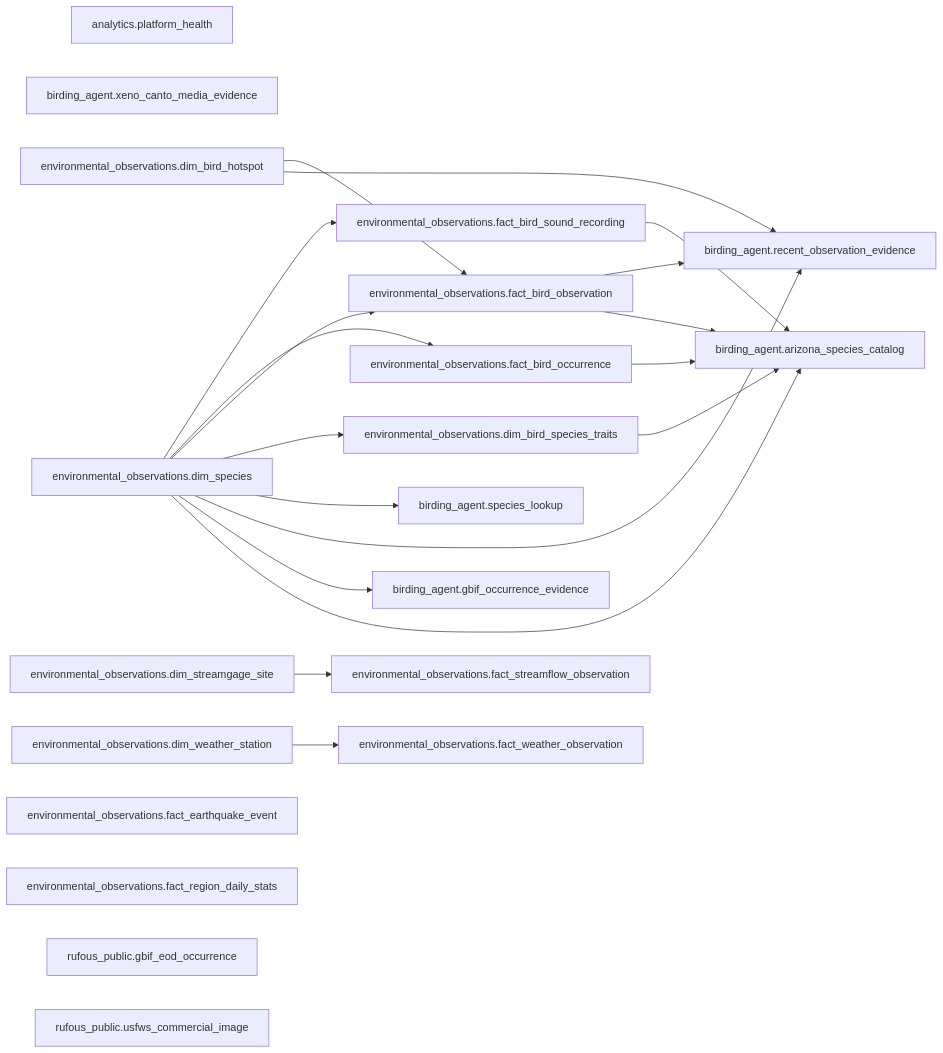
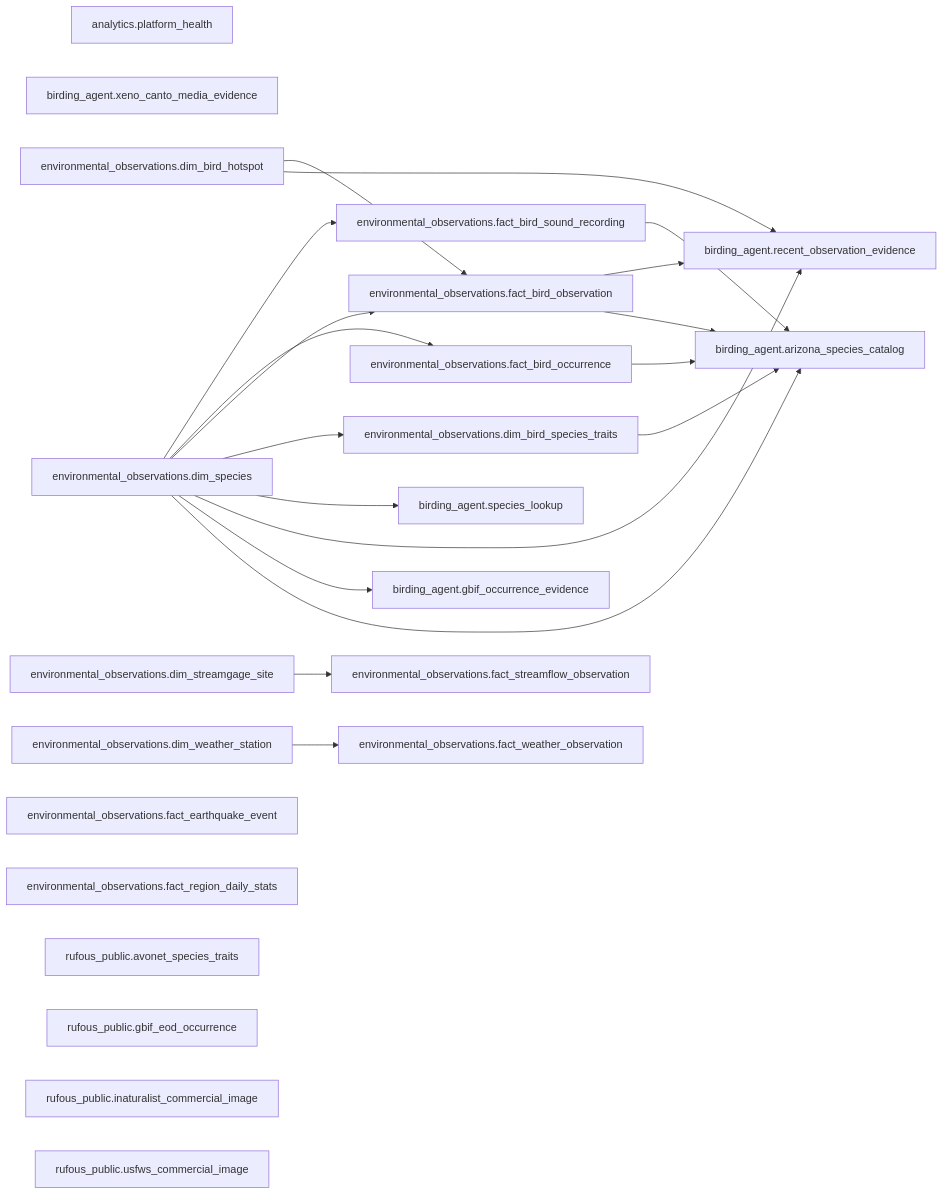
One commit to Doctacon/databox changed the diagram in docs/dictionary/lineage.md. Above: the diagram before and after it, drawn with Mermaid. The commit also changed 24 other files, not shown here.

Commit message:
feat(rufous): publish AVONET data parity

````diff
--- a/docs/dictionary/lineage.md
+++ b/docs/dictionary/lineage.md
@@ -5,61 +5,65 @@
 ```mermaid
 graph LR
     n0["analytics.platform_health"]
     n1["birding_agent.arizona_species_catalog"]
     n2["birding_agent.gbif_occurrence_evidence"]
     n3["birding_agent.recent_observation_evidence"]
     n4["birding_agent.species_lookup"]
     n5["birding_agent.xeno_canto_media_evidence"]
     n6["environmental_observations.dim_bird_hotspot"]
     n7["environmental_observations.dim_bird_species_traits"]
     n8["environmental_observations.dim_species"]
     n9["environmental_observations.dim_streamgage_site"]
     n10["environmental_observations.dim_weather_station"]
     n11["environmental_observations.fact_bird_observation"]
     n12["environmental_observations.fact_bird_occurrence"]
     n13["environmental_observations.fact_bird_sound_recording"]
     n14["environmental_observations.fact_earthquake_event"]
     n15["environmental_observations.fact_region_daily_stats"]
     n16["environmental_observations.fact_streamflow_observation"]
     n17["environmental_observations.fact_weather_observation"]
-    n18["rufous_public.gbif_eod_occurrence"]
-    n19["rufous_public.usfws_commercial_image"]
+    n18["rufous_public.avonet_species_traits"]
+    n19["rufous_public.gbif_eod_occurrence"]
+    n20["rufous_public.inaturalist_commercial_image"]
+    n21["rufous_public.usfws_commercial_image"]
     n7 --> n1
     n8 --> n1
     n11 --> n1
     n12 --> n1
     n13 --> n1
     n8 --> n2
     n6 --> n3
     n8 --> n3
     n11 --> n3
     n8 --> n4
     n8 --> n7
     n6 --> n11
     n8 --> n11
     n8 --> n12
     n8 --> n13
     n9 --> n16
     n10 --> n17
 
     click n0 "analytics/platform_health.md"
     click n1 "birding_agent/arizona_species_catalog.md"
     click n2 "birding_agent/gbif_occurrence_evidence.md"
     click n3 "birding_agent/recent_observation_evidence.md"
     click n4 "birding_agent/species_lookup.md"
     click n5 "birding_agent/xeno_canto_media_evidence.md"
     click n6 "environmental_observations/dim_bird_hotspot.md"
     click n7 "environmental_observations/dim_bird_species_traits.md"
     click n8 "environmental_observations/dim_species.md"
     click n9 "environmental_observations/dim_streamgage_site.md"
     click n10 "environmental_observations/dim_weather_station.md"
     click n11 "environmental_observations/fact_bird_observation.md"
     click n12 "environmental_observations/fact_bird_occurrence.md"
     click n13 "environmental_observations/fact_bird_sound_recording.md"
     click n14 "environmental_observations/fact_earthquake_event.md"
     click n15 "environmental_observations/fact_region_daily_stats.md"
     click n16 "environmental_observations/fact_streamflow_observation.md"
     click n17 "environmental_observations/fact_weather_observation.md"
-    click n18 "rufous_public/gbif_eod_occurrence.md"
-    click n19 "rufous_public/usfws_commercial_image.md"
+    click n18 "rufous_public/avonet_species_traits.md"
+    click n19 "rufous_public/gbif_eod_occurrence.md"
+    click n20 "rufous_public/inaturalist_commercial_image.md"
+    click n21 "rufous_public/usfws_commercial_image.md"
 ```
````
